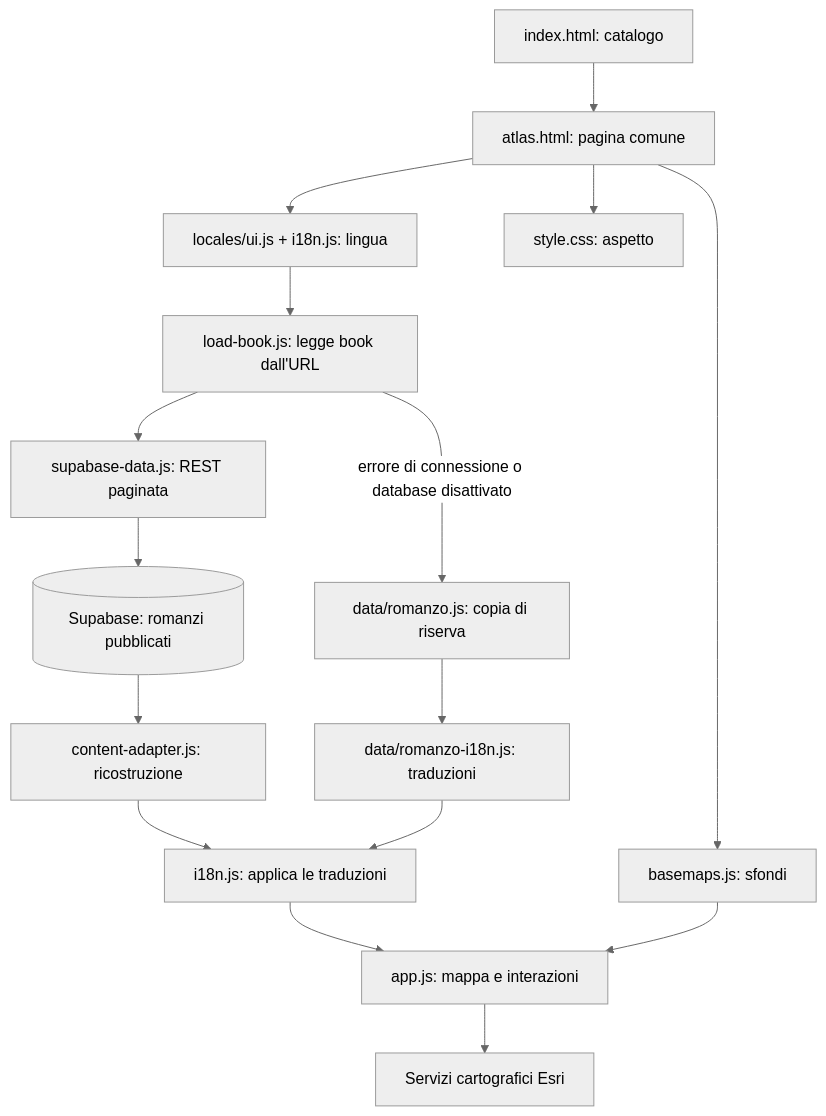
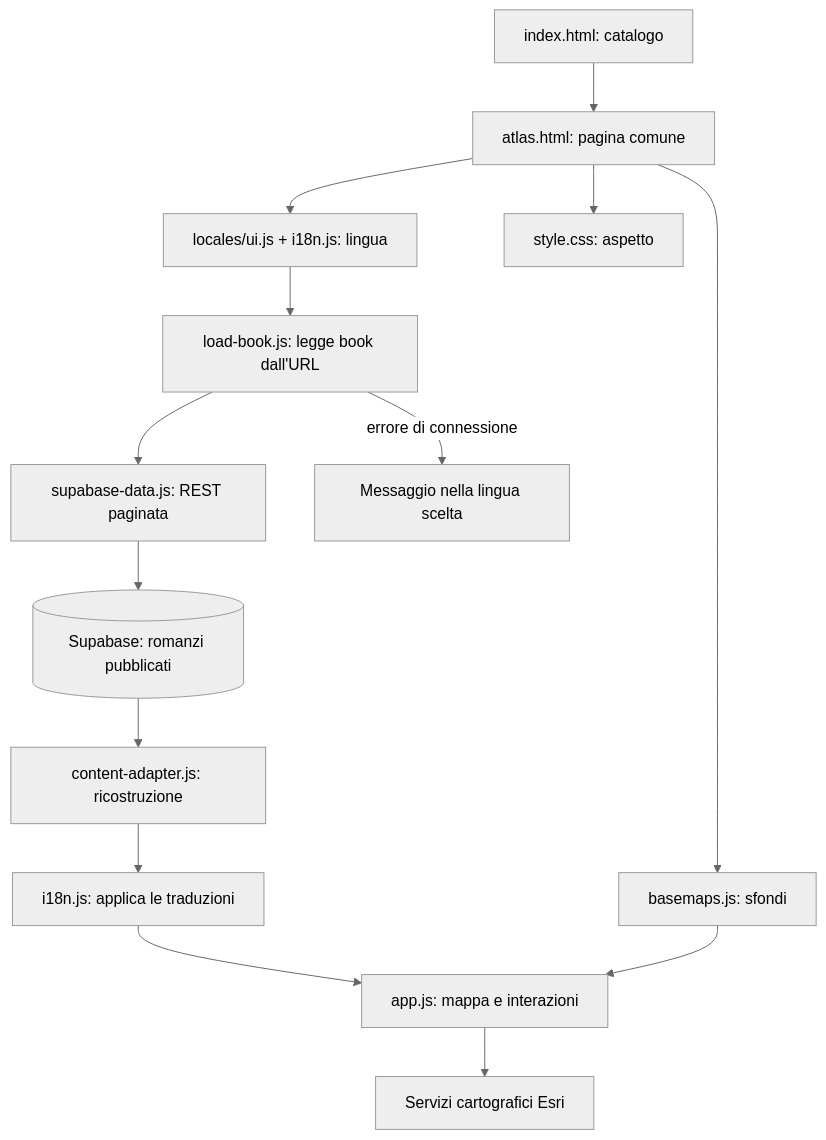
Before and after one commit to dlimos/novellocator: the diagram in MAPPA-FILE.md, drawn with Mermaid (neutral theme). The commit also changed other lines of this file and 24 other files, not shown here.

````diff
--- a/MAPPA-FILE.md
+++ b/MAPPA-FILE.md
@@ -143,18 +143,16 @@
 ```mermaid
 flowchart TD
     A[index.html: catalogo] --> B[atlas.html: pagina comune]
     B --> C[locales/ui.js + i18n.js: lingua]
     B --> D[basemaps.js: sfondi]
     B --> E[style.css: aspetto]
     C --> F[load-book.js: legge book dall'URL]
     F --> S[supabase-data.js: REST paginata]
     S --> DB[(Supabase: romanzi pubblicati)]
     DB --> R[content-adapter.js: ricostruzione]
-    R --> I
-    F -->|errore di connessione o database disattivato| G[data/romanzo.js: copia di riserva]
-    G --> H[data/romanzo-i18n.js: traduzioni]
-    H --> I[i18n.js: applica le traduzioni]
+    F -->|errore di connessione| ERR[Messaggio nella lingua scelta]
+    R --> I[i18n.js: applica le traduzioni]
     I --> J[app.js: mappa e interazioni]
     D --> J
     J --> K[Servizi cartografici Esri]
 ```
````
